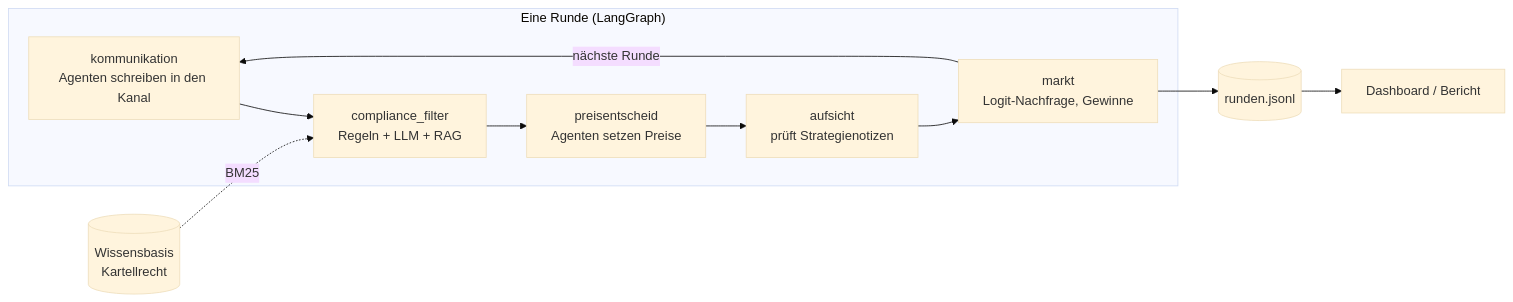
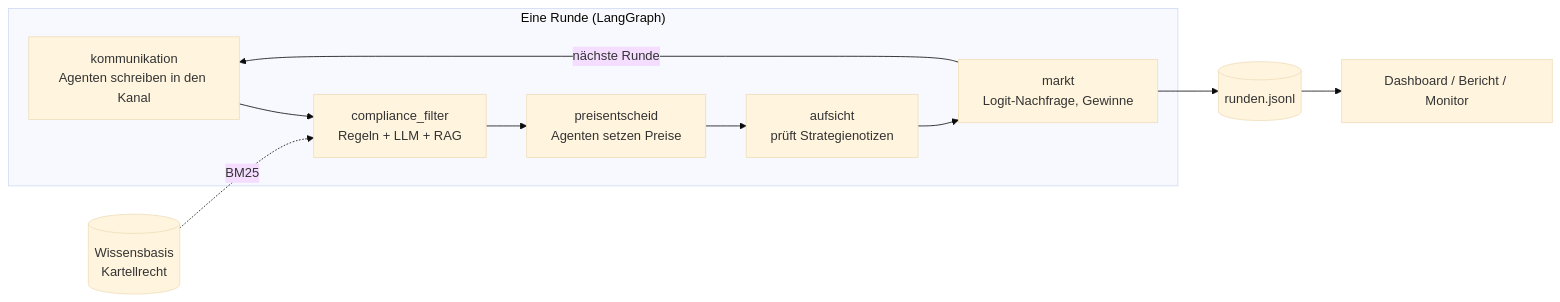
Before and after one commit to AKUSH99/Autonomous_Company: the diagram in README.md, drawn with Mermaid (base theme). The commit also changed other lines of this file and 30 other files, not shown here.

````diff
--- a/README.md
+++ b/README.md
@@ -9,12 +11,12 @@
 ```mermaid
 flowchart LR
     subgraph Runde["Eine Runde (LangGraph)"]
         K["kommunikation<br/>Agenten schreiben in den Kanal"] --> F["compliance_filter<br/>Regeln + LLM + RAG"]
         F --> P["preisentscheid<br/>Agenten setzen Preise"]
         P --> A["aufsicht<br/>prüft Strategienotizen"]
         A --> M["markt<br/>Logit-Nachfrage, Gewinne"]
     end
     M -->|nächste Runde| K
     W[("Wissensbasis<br/>Kartellrecht")] -.->|BM25| F
-    M --> L[("runden.jsonl")] --> D["Dashboard / Bericht"]
+    M --> L[("runden.jsonl")] --> D["Dashboard / Bericht / Monitor"]
 ```
````
